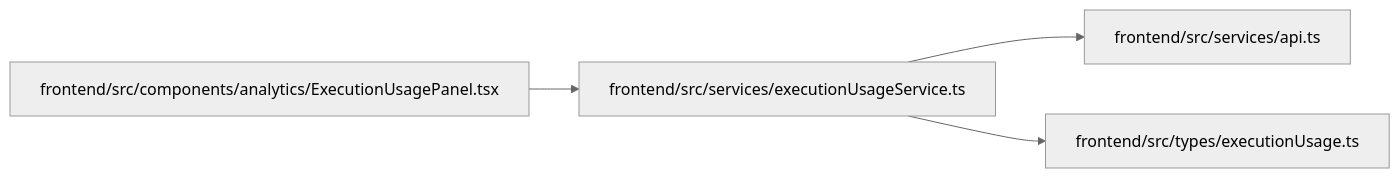
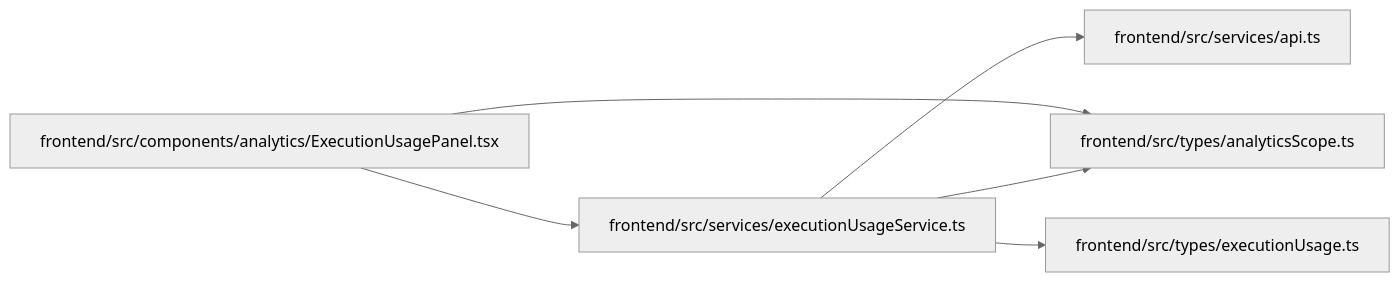
The diagram in docs/llm_wiki/modules/executionUsageService.md (Denissvgn/WorkChord), drawn with Mermaid (neutral theme) before and after one commit. The commit also changed other lines of this file and 2373 other files, not shown here.

````diff
--- a/docs/llm_wiki/modules/executionUsageService.md
+++ b/docs/llm_wiki/modules/executionUsageService.md
@@ -28,14 +29,18 @@
 ```mermaid
 flowchart LR
     n0["frontend/src/components/analytics/ExecutionUsagePanel.tsx"]
     n1["frontend/src/services/api.ts"]
     n2["frontend/src/services/executionUsageService.ts"]
-    n3["frontend/src/types/executionUsage.ts"]
+    n3["frontend/src/types/analyticsScope.ts"]
+    n4["frontend/src/types/executionUsage.ts"]
     n0 --> n2
+    n0 --> n3
     n2 --> n1
     n2 --> n3
+    n2 --> n4
     click n0 "../modules/ExecutionUsagePanel.md"
     click n1 "../modules/api.md"
     click n2 "../modules/executionUsageService.md"
-    click n3 "../modules/executionUsage.md"
+    click n3 "../modules/analyticsScope.md"
+    click n4 "../modules/executionUsage.md"
 ```
````
